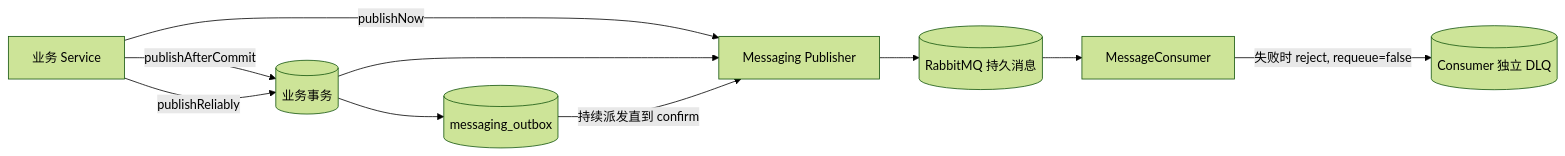
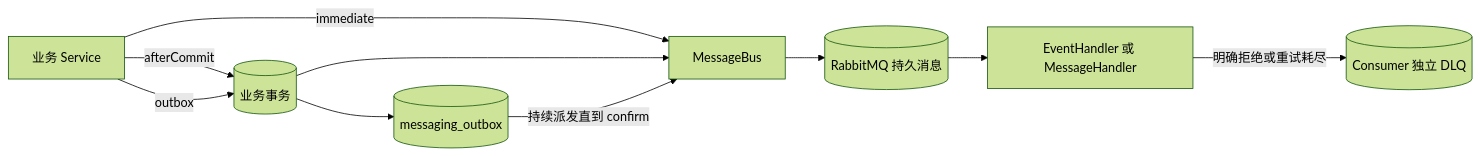
One commit to SH-XiaoXiu/sca4d-j changed the first of 3 diagrams in docs/tutorials/messaging-and-notification.md. Above: the diagram before and after it, drawn with Mermaid (forest theme). The commit also changed other lines of this file and 3775 other files, not shown here.

````diff
--- a/docs/tutorials/messaging-and-notification.md
+++ b/docs/tutorials/messaging-and-notification.md
@@ -27,16 +29,16 @@
 ```mermaid
 flowchart LR
     Service[业务 Service]
     Tx[(业务事务)]
     Outbox[(messaging_outbox)]
-    Publisher[Messaging Publisher]
+    Publisher[MessageBus]
     Rabbit[(RabbitMQ 持久消息)]
-    Consumer[MessageConsumer]
+    Consumer[EventHandler 或 MessageHandler]
     DLQ[(Consumer 独立 DLQ)]
 
-    Service -->|publishNow| Publisher
-    Service -->|publishAfterCommit| Tx --> Publisher
-    Service -->|publishReliably| Tx --> Outbox
+    Service -->|immediate| Publisher
+    Service -->|afterCommit| Tx --> Publisher
+    Service -->|outbox| Tx --> Outbox
     Outbox -->|持续派发直到 confirm| Publisher --> Rabbit --> Consumer
-    Consumer -->|失败时 reject, requeue=false| DLQ
+    Consumer -->|明确拒绝或重试耗尽| DLQ
 ```
````
